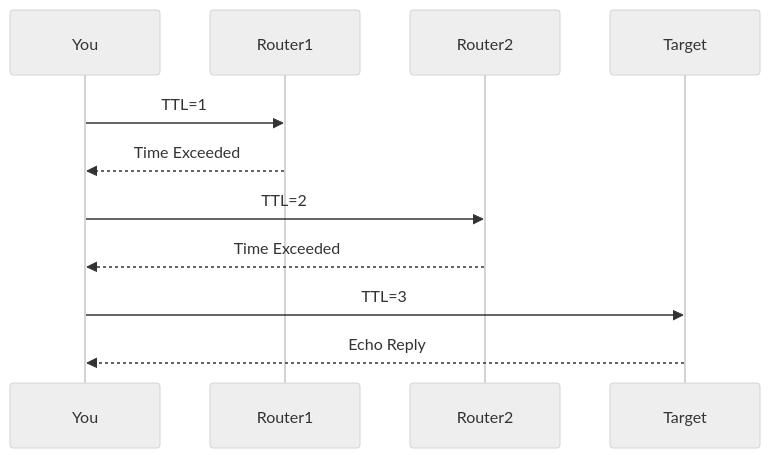
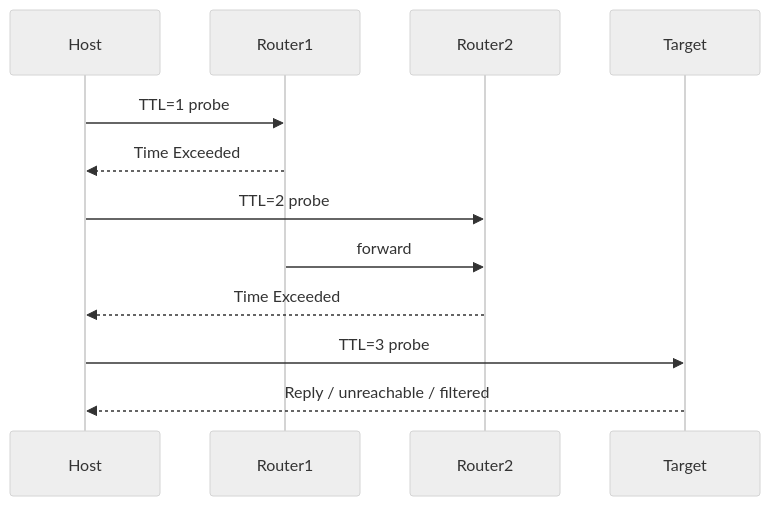
One commit to omnayak27199/pktana changed the fourth of 7 diagrams in learning/05-network-layer.md. Above: the diagram before and after it, drawn with Mermaid (neutral theme). The commit also changed other lines of this file and 14 other files, not shown here.

````diff
--- a/learning/05-network-layer.md
+++ b/learning/05-network-layer.md
@@ -75,13 +196,14 @@
 ```mermaid
 sequenceDiagram
-  participant You
+  participant H as Host
   participant R1 as Router1
   participant R2 as Router2
   participant T as Target
-  You->>R1: TTL=1
-  R1-->>You: Time Exceeded
-  You->>R2: TTL=2
-  R2-->>You: Time Exceeded
-  You->>T: TTL=3
-  T-->>You: Echo Reply
+  H->>R1: TTL=1 probe
+  R1-->>H: Time Exceeded
+  H->>R2: TTL=2 probe
+  R1->>R2: forward
+  R2-->>H: Time Exceeded
+  H->>T: TTL=3 probe
+  T-->>H: Reply / unreachable / filtered
 ```
````
